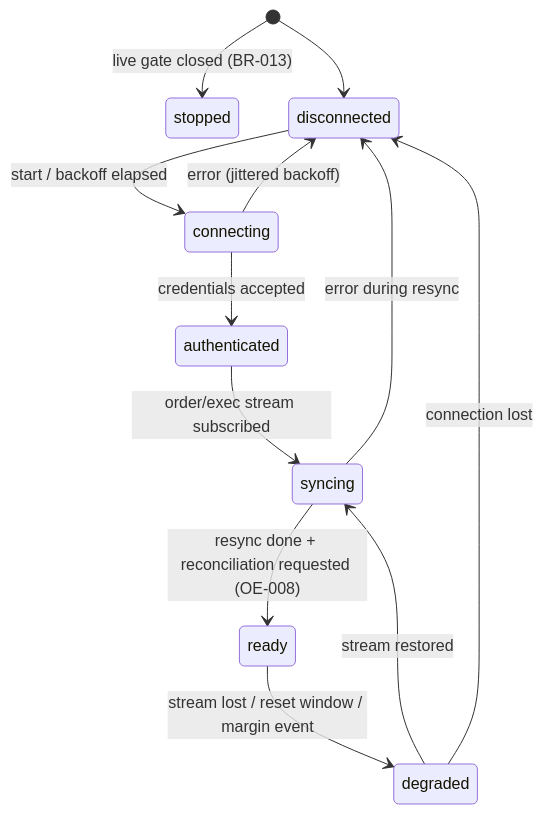
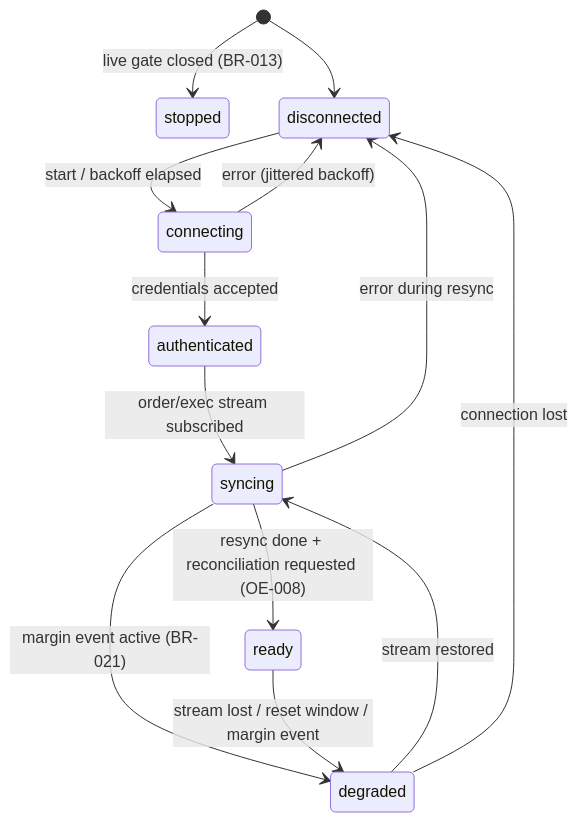
The diagram in docs/business-logic/brokers.md (illyanyc/strawberry), drawn with Mermaid before and after one commit. The commit also changed other lines of this file and 58 other files, not shown here.

````diff
--- a/docs/business-logic/brokers.md
+++ b/docs/business-logic/brokers.md
@@ -17,14 +17,15 @@
 ```mermaid
 stateDiagram-v2
   [*] --> stopped: live gate closed (BR-013)
   [*] --> disconnected
   disconnected --> connecting: start / backoff elapsed
   connecting --> authenticated: credentials accepted
   connecting --> disconnected: error (jittered backoff)
   authenticated --> syncing: order/exec stream subscribed
   syncing --> ready: resync done + reconciliation requested (OE-008)
   syncing --> disconnected: error during resync
+  syncing --> degraded: margin event active (BR-021)
   ready --> degraded: stream lost / reset window / margin event
   degraded --> syncing: stream restored
   degraded --> disconnected: connection lost
 ```
````
